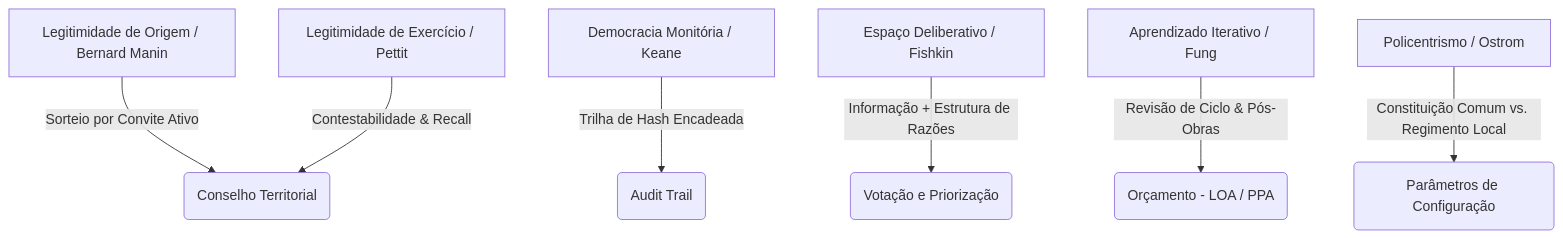
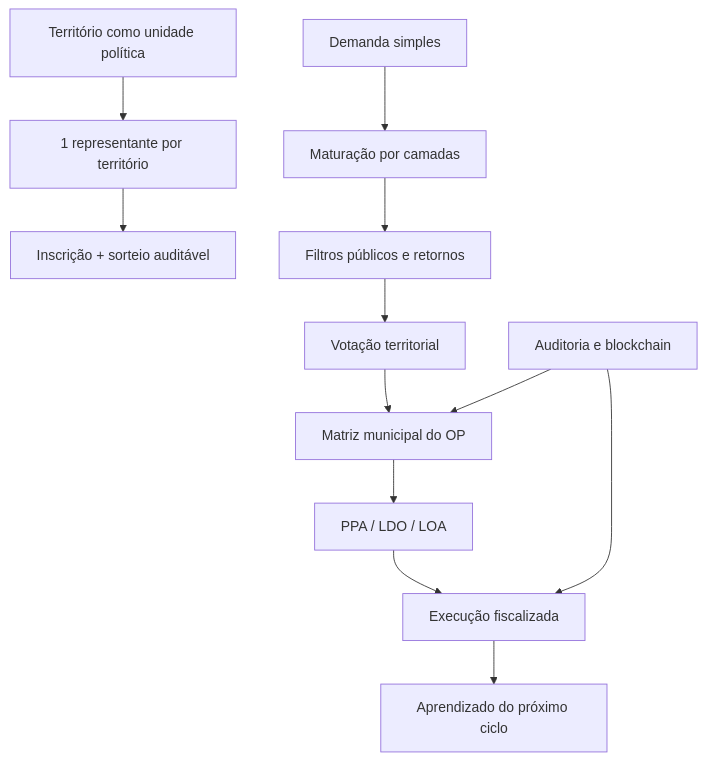
The diagram in docs/resumo.md (dionatandiego11/codigo-publico), drawn with Mermaid before and after one commit. The commit also changed other lines of this file and 16 other files, not shown here.

````diff
--- a/docs/resumo.md
+++ b/docs/resumo.md
@@ -5,9 +5,14 @@
 ```mermaid
 graph TD
-    A[Legitimidade de Origem / Bernard Manin] -->|Sorteio por Convite Ativo| B(Conselho Territorial)
-    C[Legitimidade de Exercício / Pettit] -->|Contestabilidade & Recall| B
-    D[Democracia Monitória / Keane] -->|Trilha de Hash Encadeada| E(Audit Trail)
-    F[Espaço Deliberativo / Fishkin] -->|Informação + Estrutura de Razões| G(Votação e Priorização)
-    H[Aprendizado Iterativo / Fung] -->|Revisão de Ciclo & Pós-Obras| I(Orçamento - LOA / PPA)
-    J[Policentrismo / Ostrom] -->|Constituição Comum vs. Regimento Local| K(Parâmetros de Configuração)
+    A[Território como unidade política] --> B[1 representante por território]
+    B --> C[Inscrição + sorteio auditável]
+    D[Demanda simples] --> E[Maturação por camadas]
+    E --> F[Filtros públicos e retornos]
+    F --> G[Votação territorial]
+    G --> H[Matriz municipal do OP]
+    H --> I[PPA / LDO / LOA]
+    I --> J[Execução fiscalizada]
+    J --> K[Aprendizado do próximo ciclo]
+    L[Auditoria e blockchain] --> H
+    L --> J
 ```
````
